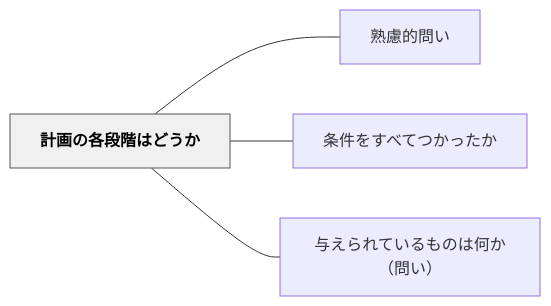
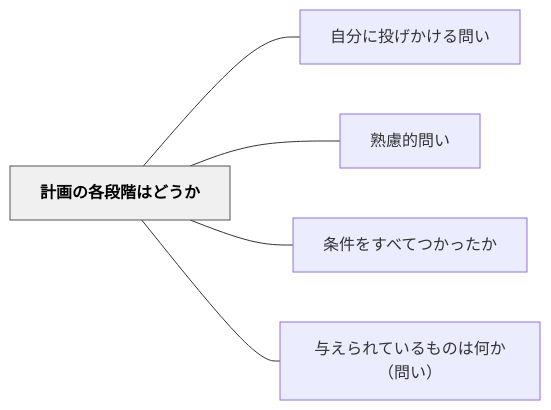
Before and after one commit to unknownthings-ed-patterns/unknownthings-ed-patterns: the diagram in content/パタン/計画の各段階はどうか.md, drawn with Mermaid. The commit also changed other lines of this file and 473 other files, not shown here.

````diff
--- a/content/パタン/計画の各段階はどうか.md
+++ b/content/パタン/計画の各段階はどうか.md
@@ -40,14 +41,16 @@
 ```mermaid
 flowchart LR
     ne8a888e794bb["計画の各段階はどうか"]
+    ne887aae58886["自分に投げかける問い"]
     ne7869fe685ae["熟慮的問い"]
     ne69da1e4bbb6["条件をすべてつかったか"]
     ne4b88ee38188["与えられているものは何か（問い）"]
 
+    ne8a888e794bb --- ne887aae58886
     ne8a888e794bb --- ne7869fe685ae
     ne8a888e794bb --- ne69da1e4bbb6
     ne8a888e794bb --- ne4b88ee38188
 
     classDef hub fill:#f0f0f0,stroke:#555,color:#000,font-weight:bold
     class ne8a888e794bb hub
 ```
````
